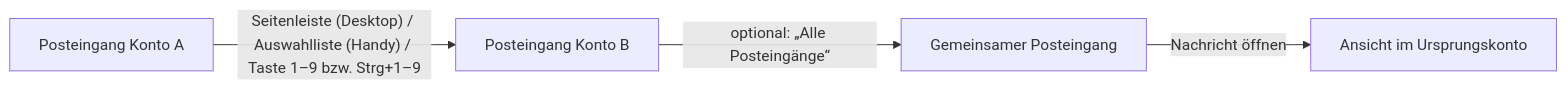
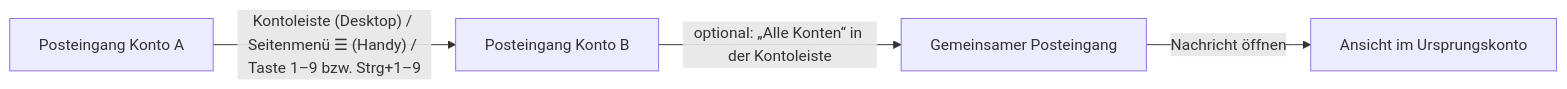
The third of 6 diagrams in docs/product/ux-flows.md (mszkb/fastmail-alternative), drawn with Mermaid before and after one commit. The commit also changed other lines of this file and 5 other files, not shown here.

````diff
--- a/docs/product/ux-flows.md
+++ b/docs/product/ux-flows.md
@@ -50,6 +50,6 @@
 ```mermaid
 flowchart LR
-  A[Posteingang Konto A] -- "Seitenleiste (Desktop) / Auswahlliste (Handy) / Taste 1–9 bzw. Strg+1–9" --> B[Posteingang Konto B]
-  B -- "optional: „Alle Posteingänge“" --> C[Gemeinsamer Posteingang]
+  A[Posteingang Konto A] -- "Kontoleiste (Desktop) / Seitenmenü ☰ (Handy) / Taste 1–9 bzw. Strg+1–9" --> B[Posteingang Konto B]
+  B -- "optional: „Alle Konten“ in der Kontoleiste" --> C[Gemeinsamer Posteingang]
   C -- Nachricht öffnen --> D[Ansicht im Ursprungskonto]
 ```
````
